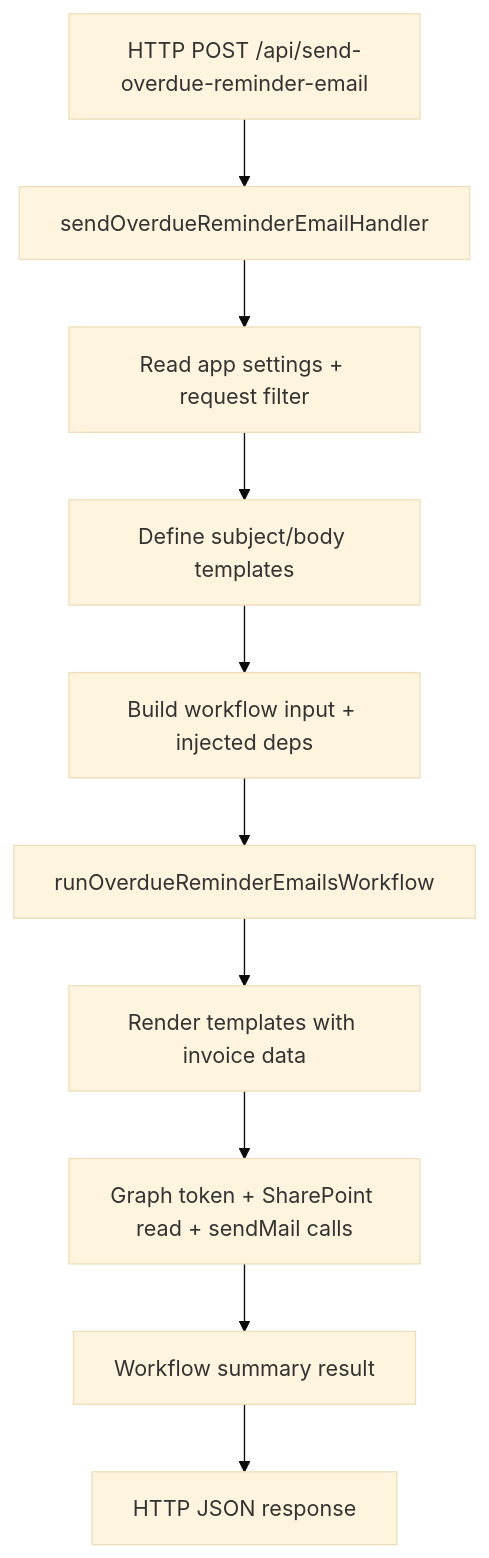
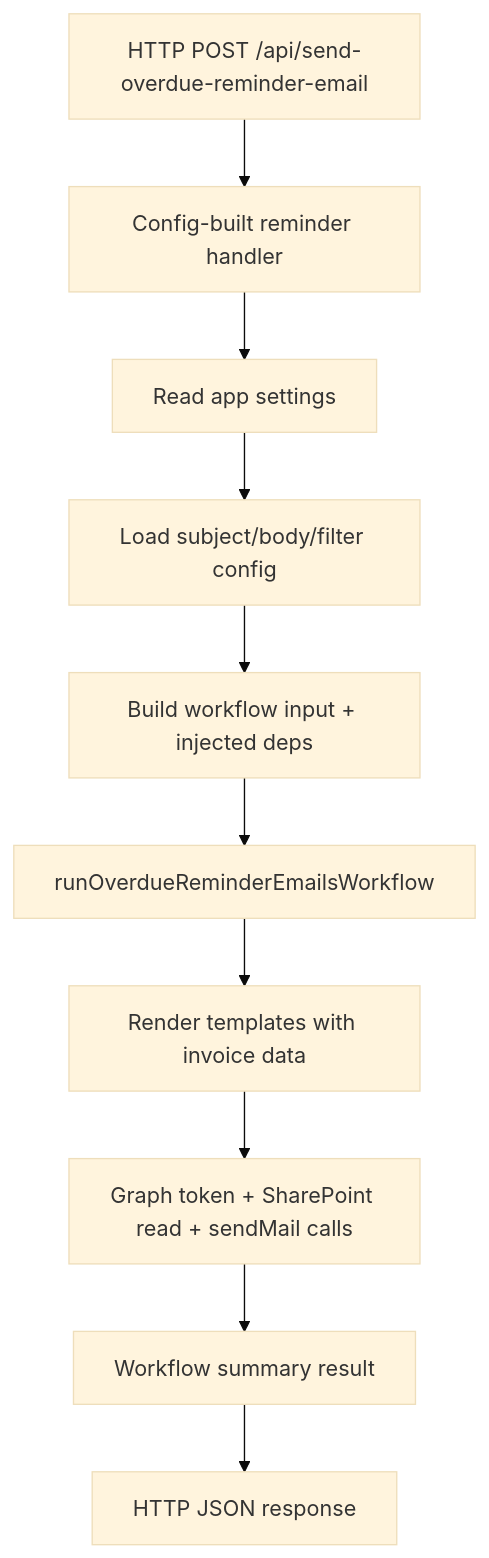
One commit to alexCikos/azFuncTemplate changed the diagram in invoice-tracker-functions/src/functions/sendOverdueReminderEmails/README.md. Above: the diagram before and after it, drawn with Mermaid (base theme). The commit also changed other lines of this file and 15 other files, not shown here.

````diff
--- a/invoice-tracker-functions/src/functions/sendOverdueReminderEmails/README.md
+++ b/invoice-tracker-functions/src/functions/sendOverdueReminderEmails/README.md
@@ -38,12 +41,12 @@
 ```mermaid
 flowchart TD
-  A["HTTP POST /api/send-overdue-reminder-email"] --> B["sendOverdueReminderEmailHandler"]
-  B --> C["Read app settings + request filter"]
-  C --> D["Define subject/body templates"]
+  A["HTTP POST /api/send-overdue-reminder-email"] --> B["Config-built reminder handler"]
+  B --> C["Read app settings"]
+  C --> D["Load subject/body/filter config"]
   D --> E["Build workflow input + injected deps"]
   E --> F["runOverdueReminderEmailsWorkflow"]
   F --> G["Render templates with invoice data"]
   G --> H["Graph token + SharePoint read + sendMail calls"]
   H --> I["Workflow summary result"]
   I --> J["HTTP JSON response"]
 ```
````
